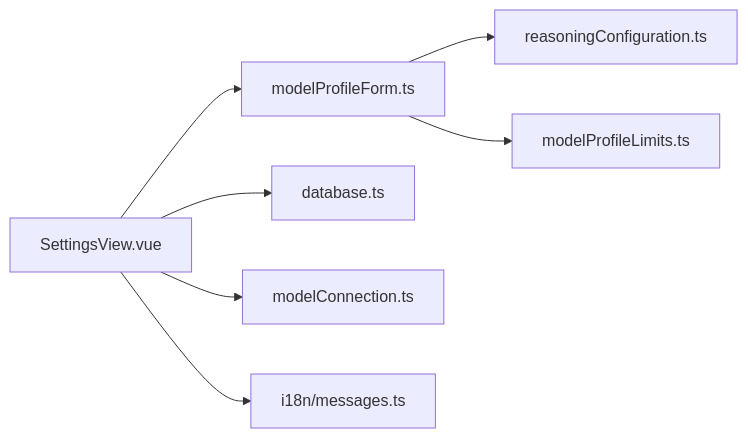
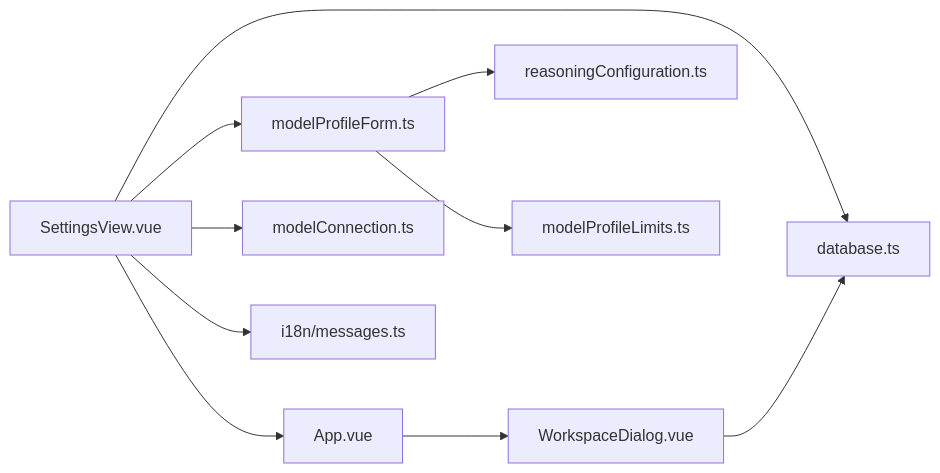
One commit to dyx-9163/ai-aifar changed the sixth of 6 diagrams in .qoder/repowiki/zh/content/核心模块/渲染进程/设置面板.md. Above: the diagram before and after it, drawn with Mermaid. The commit also changed other lines of this file and 10 other files, not shown here.

````diff
--- a/.qoder/repowiki/zh/content/核心模块/渲染进程/设置面板.md
+++ b/.qoder/repowiki/zh/content/核心模块/渲染进程/设置面板.md
@@ -294,9 +386,12 @@
 ```mermaid
 graph LR
 SV["SettingsView.vue"] --> MPF["modelProfileForm.ts"]
+SV --> AD["App.vue"]
 SV --> DB["database.ts"]
 SV --> MC["modelConnection.ts"]
+AD --> WD["WorkspaceDialog.vue"]
+WD --> DB
 MPF --> RC["reasoningConfiguration.ts"]
 MPF --> ML["modelProfileLimits.ts"]
 SV --> I18N["i18n/messages.ts"]
 ```
````
